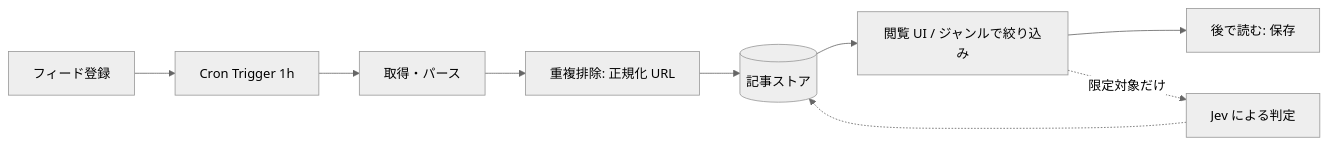
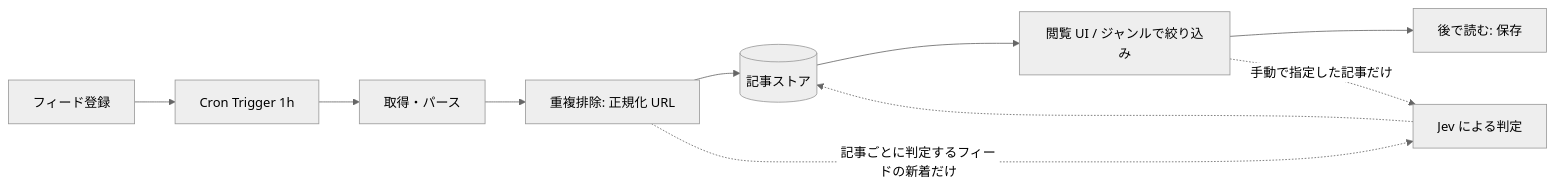
Before and after one commit to YTommy109/rssagg: the diagram in docs/architecture.md, drawn with Mermaid (neutral theme). The commit also changed other lines of this file and 12 other files, not shown here.

````diff
--- a/docs/architecture.md
+++ b/docs/architecture.md
@@ -9,11 +9,12 @@
 ```mermaid
 flowchart LR
   A[フィード登録] --> B[Cron Trigger 1h]
   B --> C[取得・パース]
   C --> D[重複排除: 正規化 URL]
   D --> F[(記事ストア)]
+  D -.記事ごとに判定するフィードの新着だけ.-> E[Jev による判定]
   F --> G[閲覧 UI / ジャンルで絞り込み]
   G --> H[後で読む: 保存]
-  G -.限定対象だけ.-> E[Jev による判定]
+  G -.手動で指定した記事だけ.-> E
   E -.-> F
 ```
````
